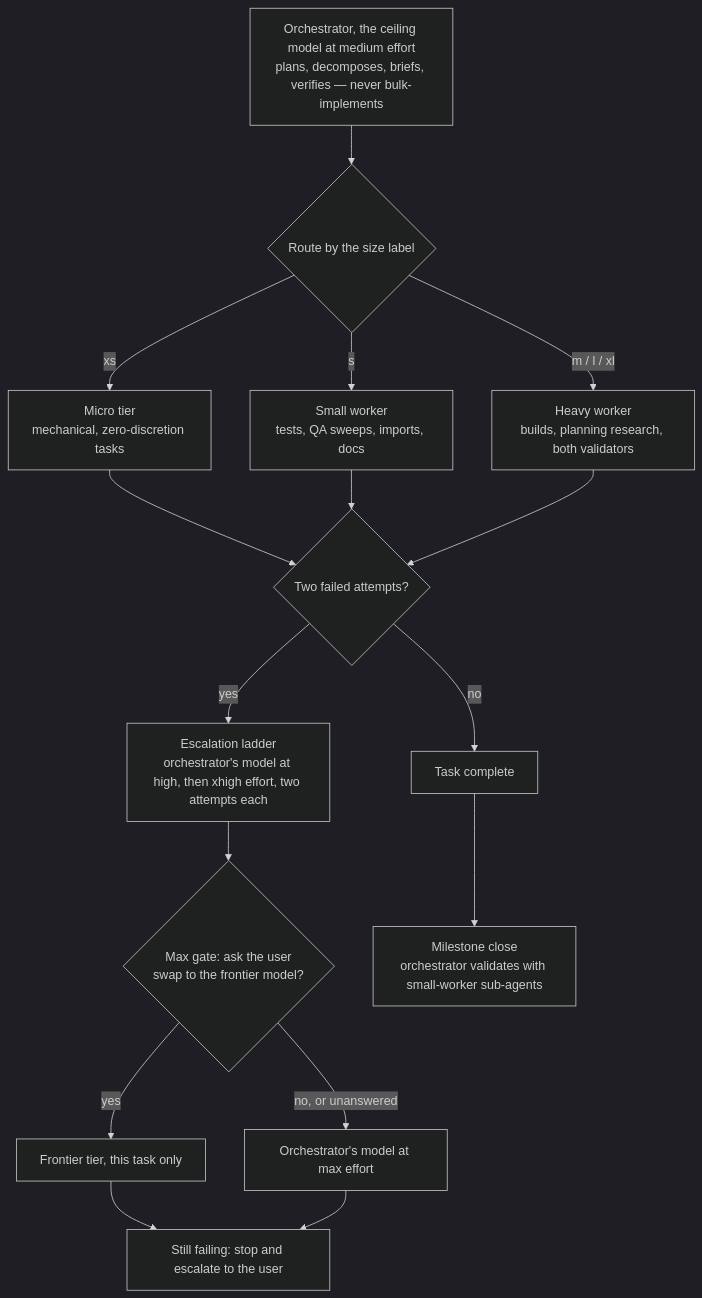
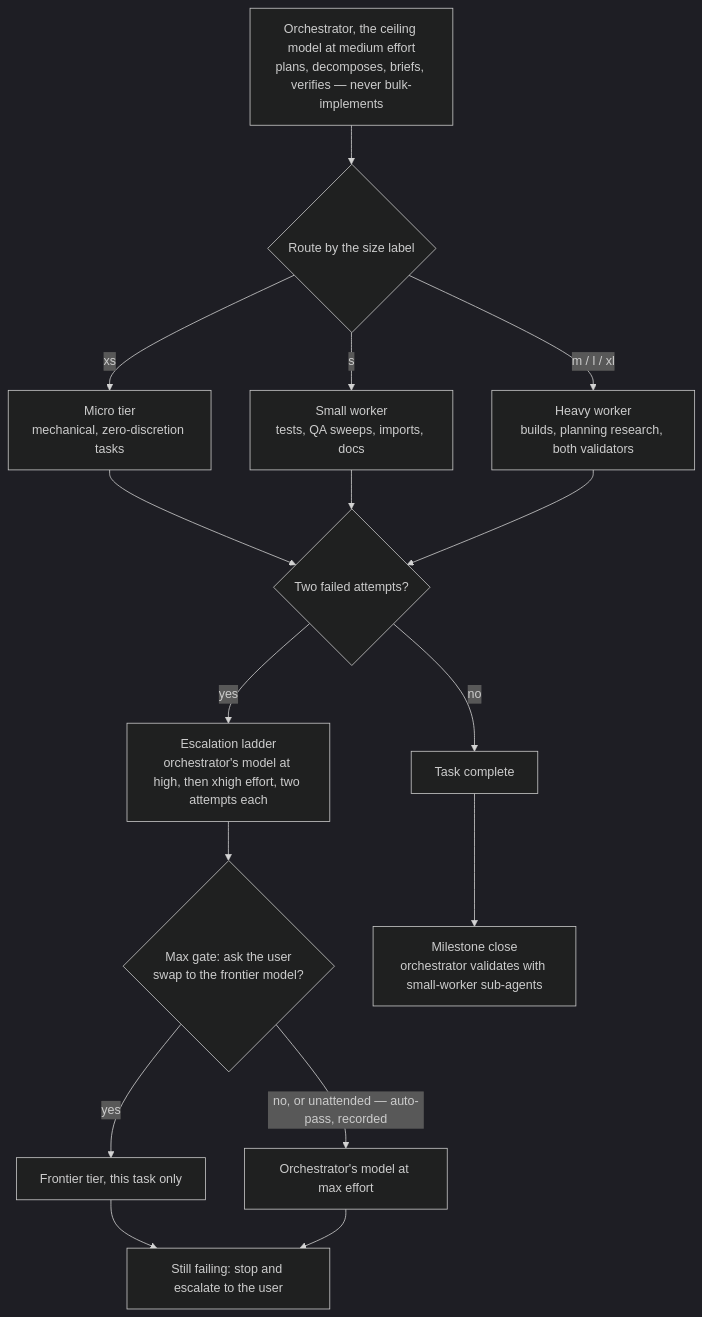
One commit to Zenosyne-Technologies/agent-operating-kit changed the second of 3 diagrams in README.md. Above: the diagram before and after it, drawn with Mermaid (dark theme). The commit also changed other lines of this file and 14 other files, not shown here.

````diff
--- a/README.md
+++ b/README.md
@@ -138,18 +138,18 @@
 ```mermaid
 flowchart TD
     O["Orchestrator, the ceiling model at medium effort<br/>plans, decomposes, briefs, verifies — never bulk-implements"] --> R{"Route by the size label"}
     R -->|xs| MI["Micro tier<br/>mechanical, zero-discretion tasks"]
     R -->|s| SM["Small worker<br/>tests, QA sweeps, imports, docs"]
     R -->|m / l / xl| HV["Heavy worker<br/>builds, planning research, both validators"]
     MI --> X{"Two failed attempts?"}
     SM --> X
     HV --> X
     X -->|yes| EH["Escalation ladder<br/>orchestrator's model at high, then xhigh effort, two attempts each"]
     X -->|no| DN["Task complete"]
     EH --> MG{"Max gate: ask the user<br/>swap to the frontier model?"}
     MG -->|yes| EF["Frontier tier, this task only"]
-    MG -->|no, or unanswered| EM["Orchestrator's model at max effort"]
+    MG -->|no, or unattended — auto-pass, recorded| EM["Orchestrator's model at max effort"]
     EF --> ST["Still failing: stop and escalate to the user"]
     EM --> ST
     DN --> MS["Milestone close<br/>orchestrator validates with small-worker sub-agents"]
 ```
````
